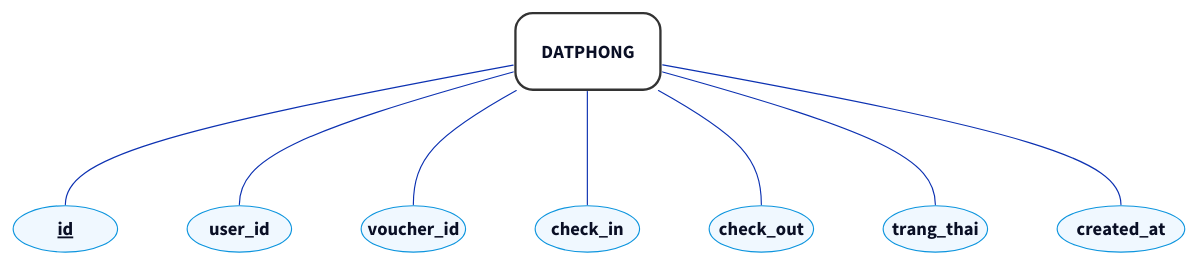
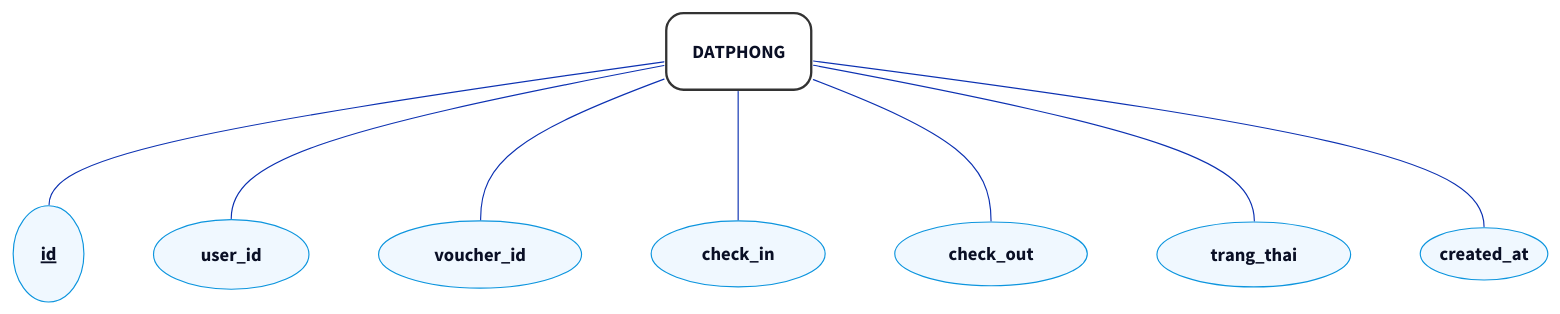
Before and after one commit to sam-uit/ie103-project-report: the diagram in baocao/content/diagrams/ch02-table-datphong.d2, drawn with D2. The commit also changed 28 other files, not shown here.

```diff
--- a/baocao/content/diagrams/ch02-table-datphong.d2
+++ b/baocao/content/diagrams/ch02-table-datphong.d2
@@ -1,122 +1,114 @@
 # direction: right
 
 # Tiêu đề: căn góc trên-giữa
 # title: |md
 #   # Mô Hình Thực Thể Quan Hệ (ER Diagram Chen Notation)
 # | {near: top-center}
 
 # title.style: {
 # font-size: 20
 # font: "mono"
 # }
 
 # --- 0. STYLES ---
 style: {
   # font: "mono"
   opacity: 0.0
   fill: transparent
   # stroke: "orange"
   # stroke-width: 5
 }
 
 # --- 1. CSS STYLES (THEME) ---
 classes: {
   # Thực thể: Chữ nhật bo góc Apple style
   entity: {
     shape: rectangle
     style: {
       border-radius: 15
       stroke-width: 2
       fill: "#FFFFFF"
       stroke: "#333333"
     }
   }
 
   # Quan hệ (Relationship): Hình thoi
   rel: {
     shape: diamond
     style: {
       fill: "#F2F2F7"
       stroke: "#8E8E93"
       stroke-width: 2
     }
   }
 
   # Thuộc tính: Oval
   attr: {
     shape: oval
-    width: 90
-    height: 40
     style: {
       fill: "#F0F8FF"
       stroke: "#0d95de"
       stroke-width: 1
       # font-size: 20
     }
   }
 
   # Khóa chính: gạch chân
   # viền xanh
   attr_pri: {
     shape: oval
-    width: 90
-    height: 40
     style: {
       fill: "#F0F8FF"
       stroke: "#0d95de"
       stroke-width: 1
       # font-size: 20
       underline: true
     }
   }
 
   # Khóa chính là khóa khóa ngoại từ bảng khác
   # gạch chân
   # viền cam
   attr_foreign_pri: {
     shape: oval
-    width: 90
-    height: 40
     style: {
       fill: "#F0F8FF"
       stroke: "#f2840e"
       stroke-width: 1
       # font-size: 20
       underline: true
     }
   }
 
   # Khóa ngoại từ bảng khác
   # gạch chân
   # viền cam
   attr_foreign_key: {
     shape: oval
-    width: 90
-    height: 40
     style: {
       fill: "#F0F8FF"
       stroke: "#f2840e"
       stroke-width: 1
       # font-size: 20
       # underline: true
     }
   }
 }
 
 # MARK: DATPHONG
 DATPHONG: {class: entity; label: "DATPHONG"}
 datphong_id: {class: attr_pri; label: "id"}
 datphong_user_id: {class: attr; label: "user_id"}
 datphong_voucher_id: {class: attr; label: "voucher_id"}
 datphong_check_in: {class: attr; label: "check_in"}
 datphong_check_out: {class: attr; label: "check_out"}
 datphong_trang_thai: {class: attr; label: "trang_thai"}
 datphong_created_at: {class: attr; label: "created_at"; width: 110}
 
 DATPHONG -- datphong_id: {style: {stroke-width: 1}}
 DATPHONG -- datphong_user_id: {style: {stroke-width: 1}}
 DATPHONG -- datphong_voucher_id: {style: {stroke-width: 1}}
 DATPHONG -- datphong_check_in: {style: {stroke-width: 1}}
 DATPHONG -- datphong_check_out: {style: {stroke-width: 1}}
 DATPHONG -- datphong_trang_thai: {style: {stroke-width: 1}}
 DATPHONG -- datphong_created_at: {style: {stroke-width: 1}}
```
